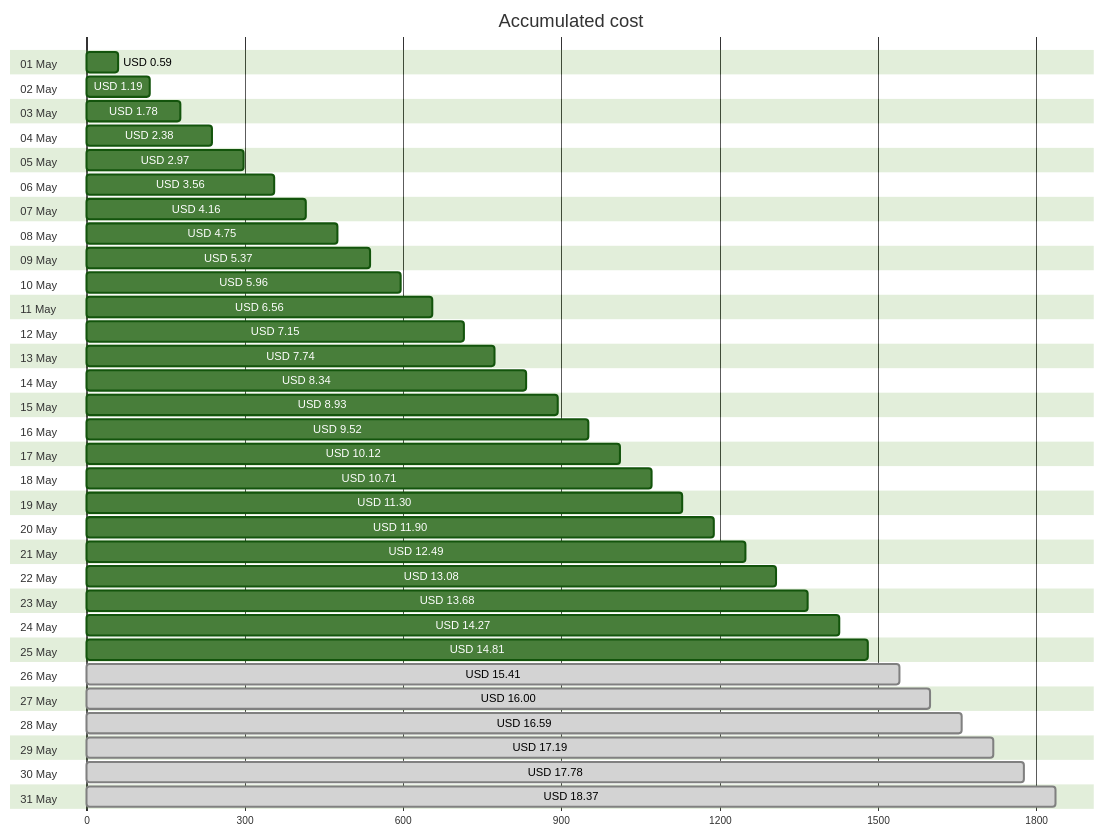
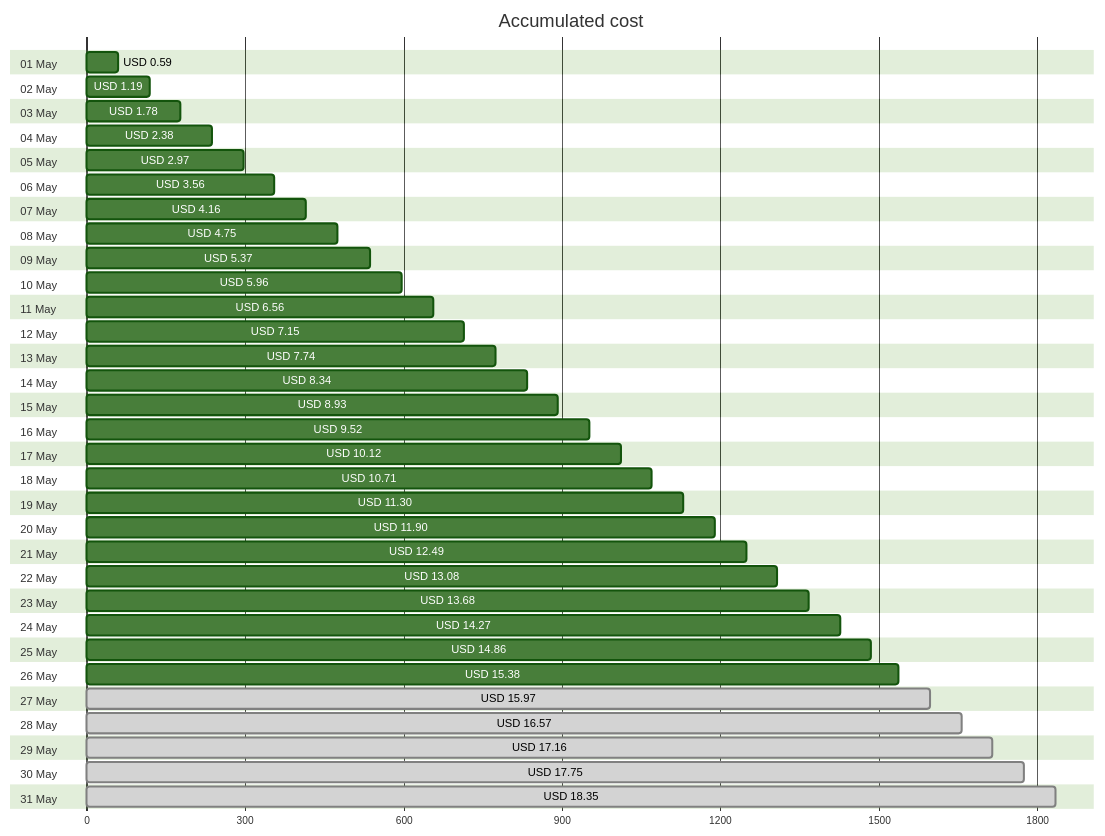
Before and after one commit to jpfulton/azure-personal-reports: the first of 4 diagrams in cost-reports/personal-site/README.md, drawn with Mermaid (forest theme). The commit also changed other lines of this file and 6 other files, not shown here.

````diff
--- a/cost-reports/personal-site/README.md
+++ b/cost-reports/personal-site/README.md
@@ -20,68 +20,68 @@
 ```mermaid
 gantt
    title Accumulated cost
    dateFormat  X
    axisFormat %s
    section 01 May
    USD 0.59 :0, 59
    section 02 May
    USD 1.19 :0, 119
    section 03 May
    USD 1.78 :0, 178
    section 04 May
    USD 2.38 :0, 238
    section 05 May
    USD 2.97 :0, 297
    section 06 May
    USD 3.56 :0, 356
    section 07 May
    USD 4.16 :0, 416
    section 08 May
    USD 4.75 :0, 475
    section 09 May
    USD 5.37 :0, 537
    section 10 May
    USD 5.96 :0, 596
    section 11 May
    USD 6.56 :0, 656
    section 12 May
    USD 7.15 :0, 715
    section 13 May
    USD 7.74 :0, 774
    section 14 May
    USD 8.34 :0, 834
    section 15 May
    USD 8.93 :0, 893
    section 16 May
    USD 9.52 :0, 952
    section 17 May
    USD 10.12 :0, 1012
    section 18 May
    USD 10.71 :0, 1071
    section 19 May
    USD 11.30 :0, 1130
    section 20 May
    USD 11.90 :0, 1190
    section 21 May
    USD 12.49 :0, 1249
    section 22 May
    USD 13.08 :0, 1308
    section 23 May
    USD 13.68 :0, 1368
    section 24 May
    USD 14.27 :0, 1427
    section 25 May
-   USD 14.81 :0, 1481
+   USD 14.86 :0, 1486
    section 26 May
-   USD 15.41 : done, 0, 1541
+   USD 15.38 :0, 1538
    section 27 May
-   USD 16.00 : done, 0, 1600
+   USD 15.97 : done, 0, 1597
    section 28 May
-   USD 16.59 : done, 0, 1659
+   USD 16.57 : done, 0, 1657
    section 29 May
-   USD 17.19 : done, 0, 1719
+   USD 17.16 : done, 0, 1716
    section 30 May
-   USD 17.78 : done, 0, 1778
+   USD 17.75 : done, 0, 1775
    section 31 May
-   USD 18.37 : done, 0, 1837
+   USD 18.35 : done, 0, 1835
 ```
````
